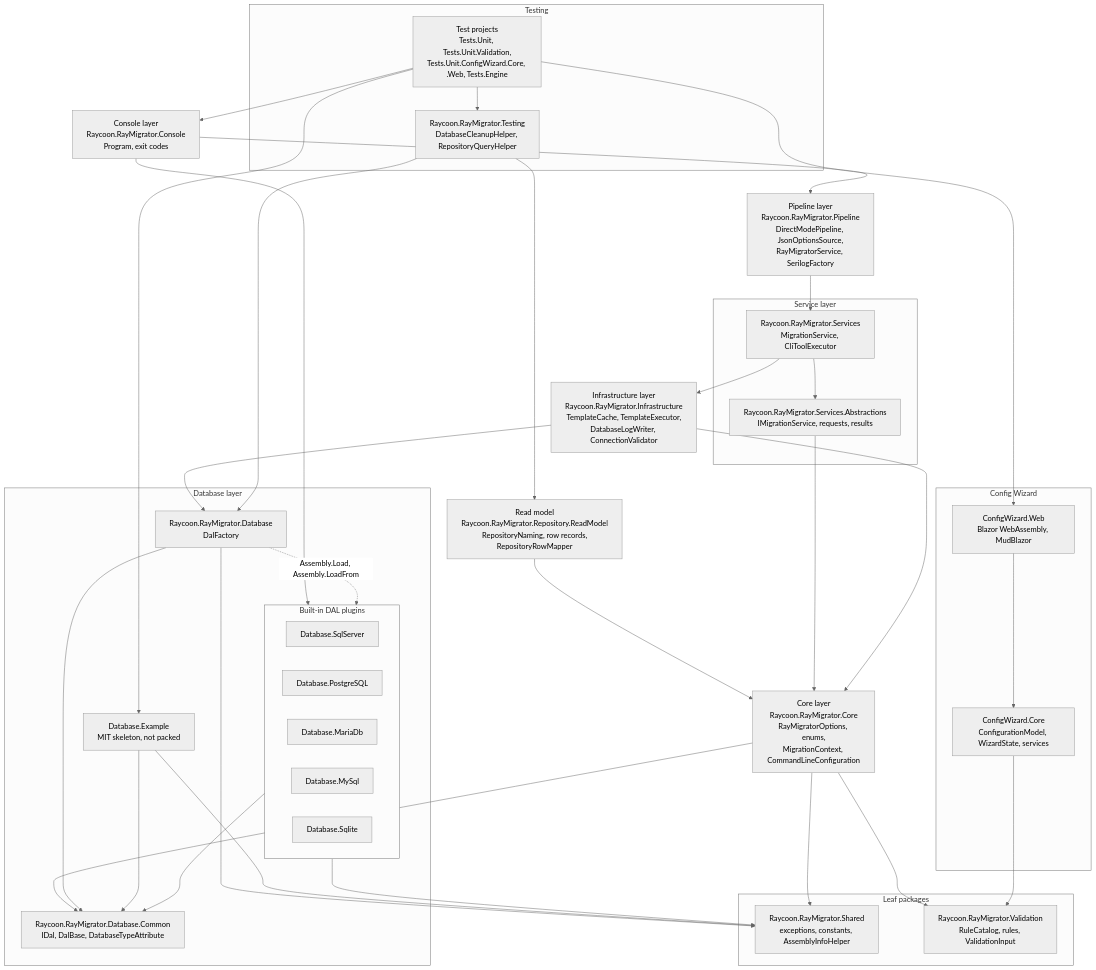
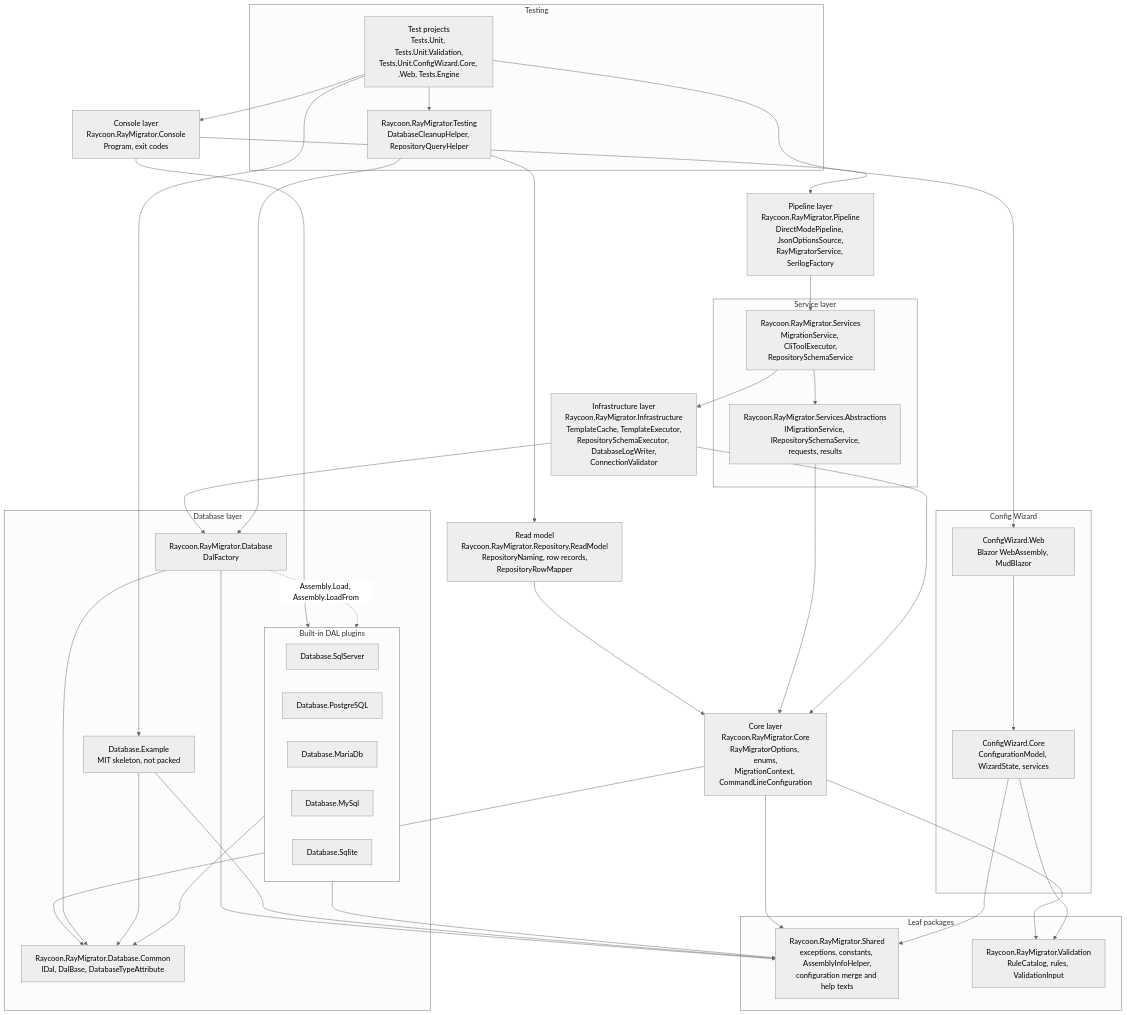
One commit to RAYCOON/RayMigrator changed the first of 2 diagrams in Docs/arc42/05-Building-Block-View.md. Above: the diagram before and after it, drawn with Mermaid (neutral theme). The commit also changed other lines of this file and 52 other files, not shown here.

````diff
--- a/Docs/arc42/05-Building-Block-View.md
+++ b/Docs/arc42/05-Building-Block-View.md
@@ -23,64 +23,65 @@
 ```mermaid
 flowchart TB
     CON[Console layer<br/>Raycoon.RayMigrator.Console<br/>Program, exit codes]
     PIPE[Pipeline layer<br/>Raycoon.RayMigrator.Pipeline<br/>DirectModePipeline, JsonOptionsSource,<br/>RayMigratorService, SerilogFactory]
     subgraph L_SVC[Service layer]
-        SVC[Raycoon.RayMigrator.Services<br/>MigrationService, CliToolExecutor]
-        SVCA[Raycoon.RayMigrator.Services.Abstractions<br/>IMigrationService, requests, results]
+        SVC[Raycoon.RayMigrator.Services<br/>MigrationService, CliToolExecutor,<br/>RepositorySchemaService]
+        SVCA[Raycoon.RayMigrator.Services.Abstractions<br/>IMigrationService, IRepositorySchemaService,<br/>requests, results]
     end
-    INFRA[Infrastructure layer<br/>Raycoon.RayMigrator.Infrastructure<br/>TemplateCache, TemplateExecutor,<br/>DatabaseLogWriter, ConnectionValidator]
+    INFRA[Infrastructure layer<br/>Raycoon.RayMigrator.Infrastructure<br/>TemplateCache, TemplateExecutor,<br/>RepositorySchemaExecutor, DatabaseLogWriter,<br/>ConnectionValidator]
     CORE[Core layer<br/>Raycoon.RayMigrator.Core<br/>RayMigratorOptions, enums,<br/>MigrationContext, CommandLineConfiguration]
     READMODEL[Read model<br/>Raycoon.RayMigrator.Repository.ReadModel<br/>RepositoryNaming, row records,<br/>RepositoryRowMapper]
     subgraph L_DB[Database layer]
         DB[Raycoon.RayMigrator.Database<br/>DalFactory]
         subgraph PLUG[Built-in DAL plugins]
             SQL[Database.SqlServer]
             PG[Database.PostgreSQL]
             MDB[Database.MariaDb]
             MY[Database.MySql]
             LITE[Database.Sqlite]
         end
         EX[Database.Example<br/>MIT skeleton, not packed]
         COMMON[Raycoon.RayMigrator.Database.Common<br/>IDal, DalBase, DatabaseTypeAttribute]
     end
     subgraph L_LEAF[Leaf packages]
-        SHARED[Raycoon.RayMigrator.Shared<br/>exceptions, constants, AssemblyInfoHelper]
+        SHARED[Raycoon.RayMigrator.Shared<br/>exceptions, constants, AssemblyInfoHelper,<br/>configuration merge and help texts]
         VAL[Raycoon.RayMigrator.Validation<br/>RuleCatalog, rules, ValidationInput]
     end
     subgraph L_CW[Config Wizard]
         CWW[ConfigWizard.Web<br/>Blazor WebAssembly, MudBlazor]
         CWC[ConfigWizard.Core<br/>ConfigurationModel, WizardState, services]
     end
     subgraph L_TEST[Testing]
         TESTING[Raycoon.RayMigrator.Testing<br/>DatabaseCleanupHelper, RepositoryQueryHelper]
         TESTS[Test projects<br/>Tests.Unit, Tests.Unit.Validation,<br/>Tests.Unit.ConfigWizard.Core, .Web, Tests.Engine]
     end
 
     CON --> PIPE
     CON --> PLUG
     READMODEL --> CORE
     TESTING --> READMODEL
     PIPE --> SVC
     SVC --> SVCA
     SVC --> INFRA
     SVCA --> CORE
     INFRA --> CORE
     INFRA --> DB
     CORE --> COMMON
     CORE --> SHARED
     CORE --> VAL
     DB --> COMMON
     DB --> SHARED
     PLUG --> COMMON
     PLUG --> SHARED
     EX --> COMMON
     EX --> SHARED
     DB -.->|Assembly.Load, Assembly.LoadFrom| PLUG
     TESTING --> DB
     CWW --> CWC
     CWC --> VAL
+    CWC --> SHARED
     TESTS --> CON
     TESTS --> TESTING
     TESTS --> EX
     TESTS --> CWW
 ```
````
